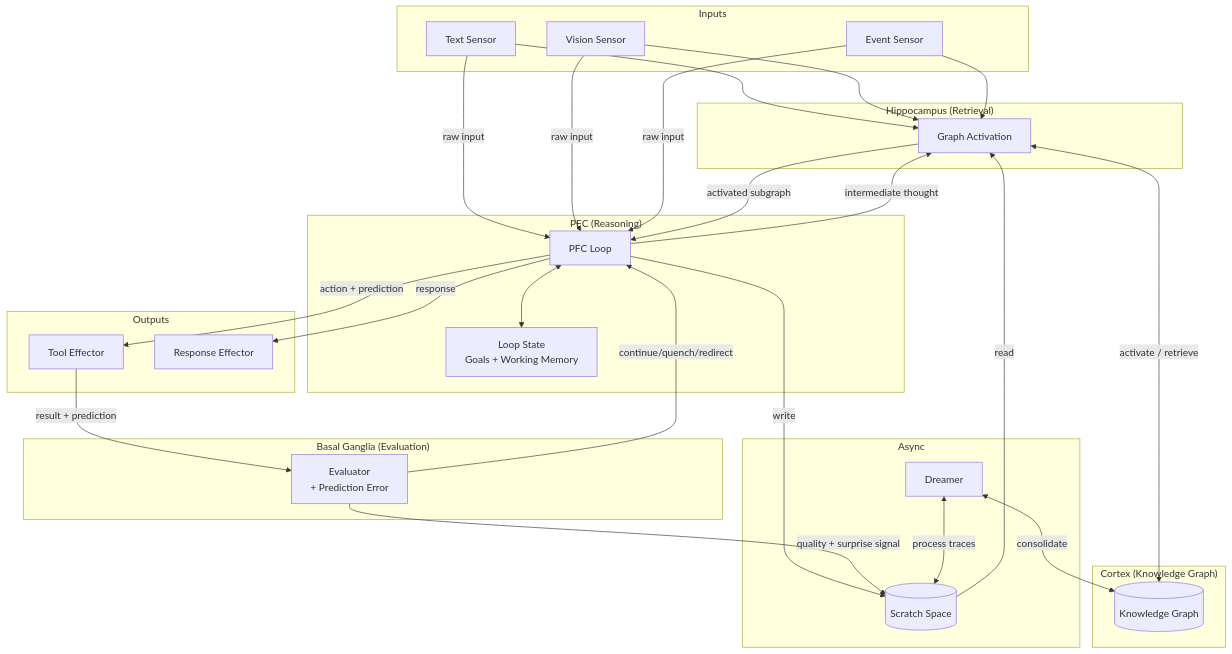
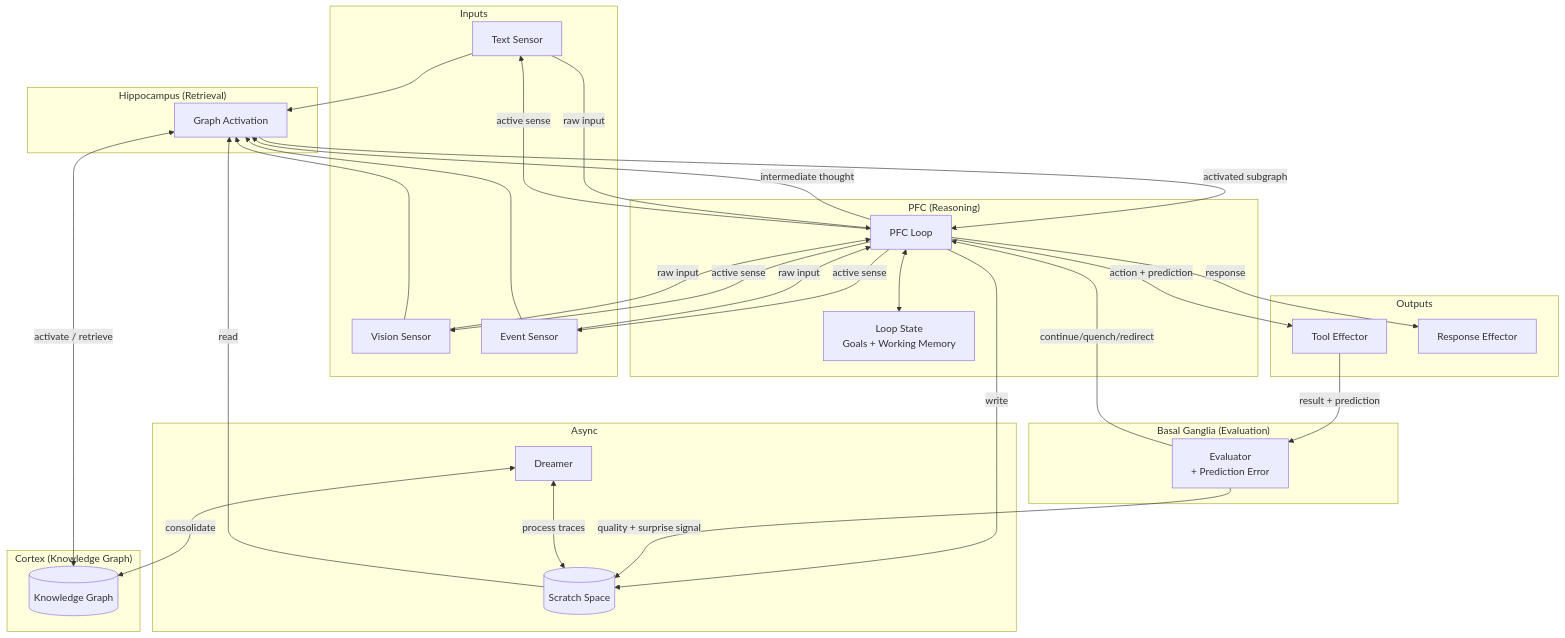
The first of 13 diagrams in architecture.md (michan85/brain), drawn with Mermaid before and after one commit. The commit also changed other lines of this file and 5 other files, not shown here.

````diff
--- a/architecture.md
+++ b/architecture.md
@@ -42,51 +42,52 @@
 ```mermaid
 graph TB
     subgraph Inputs
         S1[Text Sensor]
         S2[Vision Sensor]
         S3[Event Sensor]
     end
 
     subgraph "Cortex (Knowledge Graph)"
         KG[(Knowledge Graph)]
     end
 
     subgraph "Hippocampus (Retrieval)"
         GA[Graph Activation]
     end
 
     subgraph "PFC (Reasoning)"
         LOOP[PFC Loop]
         LS[Loop State<br/>Goals + Working Memory]
     end
 
     subgraph "Basal Ganglia (Evaluation)"
         EVAL[Evaluator<br/>+ Prediction Error]
     end
 
     subgraph Outputs
         E1[Tool Effector]
         E2[Response Effector]
     end
 
     subgraph "Async"
         SS[(Scratch Space)]
         DR[Dreamer]
     end
 
     S1 & S2 & S3 --> GA
     S1 & S2 & S3 -->|raw input| LOOP
+    LOOP -->|active sense| S1 & S2 & S3
     GA <-->|activate / retrieve| KG
     GA -->|activated subgraph| LOOP
     LOOP <--> LS
     LOOP -->|action + prediction| E1
     LOOP -->|response| E2
     LOOP -->|intermediate thought| GA
     LOOP -->|write| SS
     E1 -->|result + prediction| EVAL
     EVAL -->|continue/quench/redirect| LOOP
     EVAL -->|quality + surprise signal| SS
     SS -->|read| GA
     DR <-->|consolidate| KG
     DR <-->|process traces| SS
 ```
````
